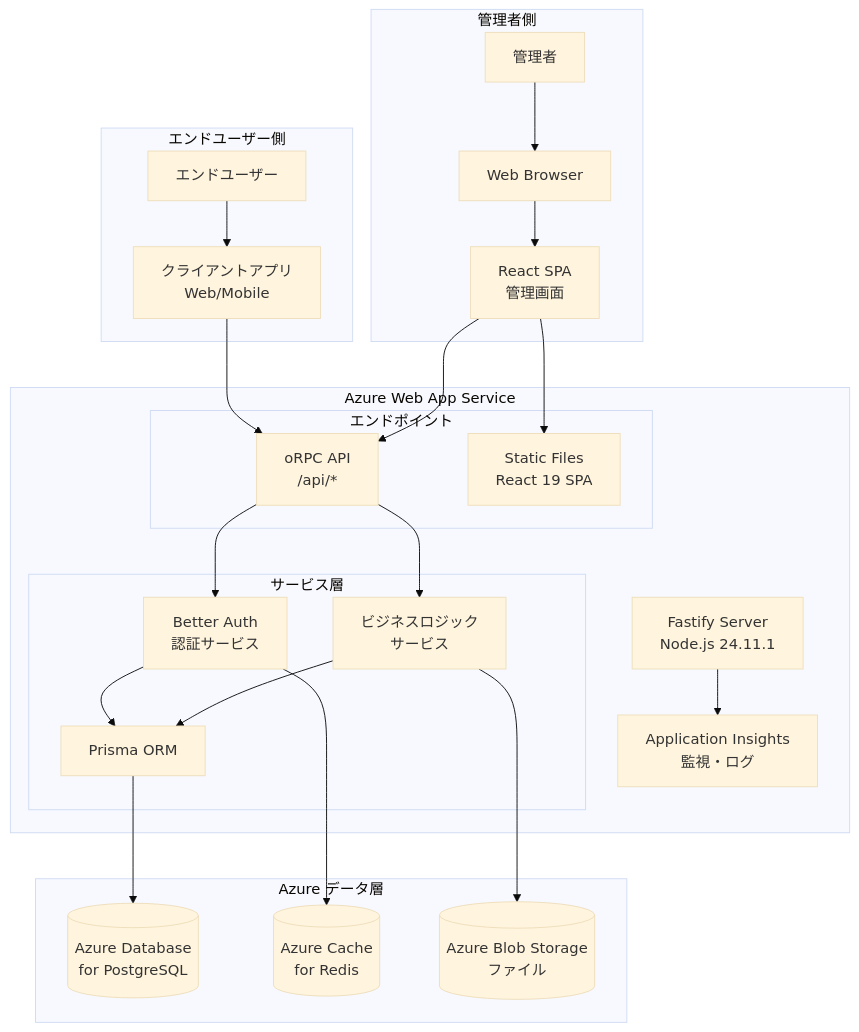
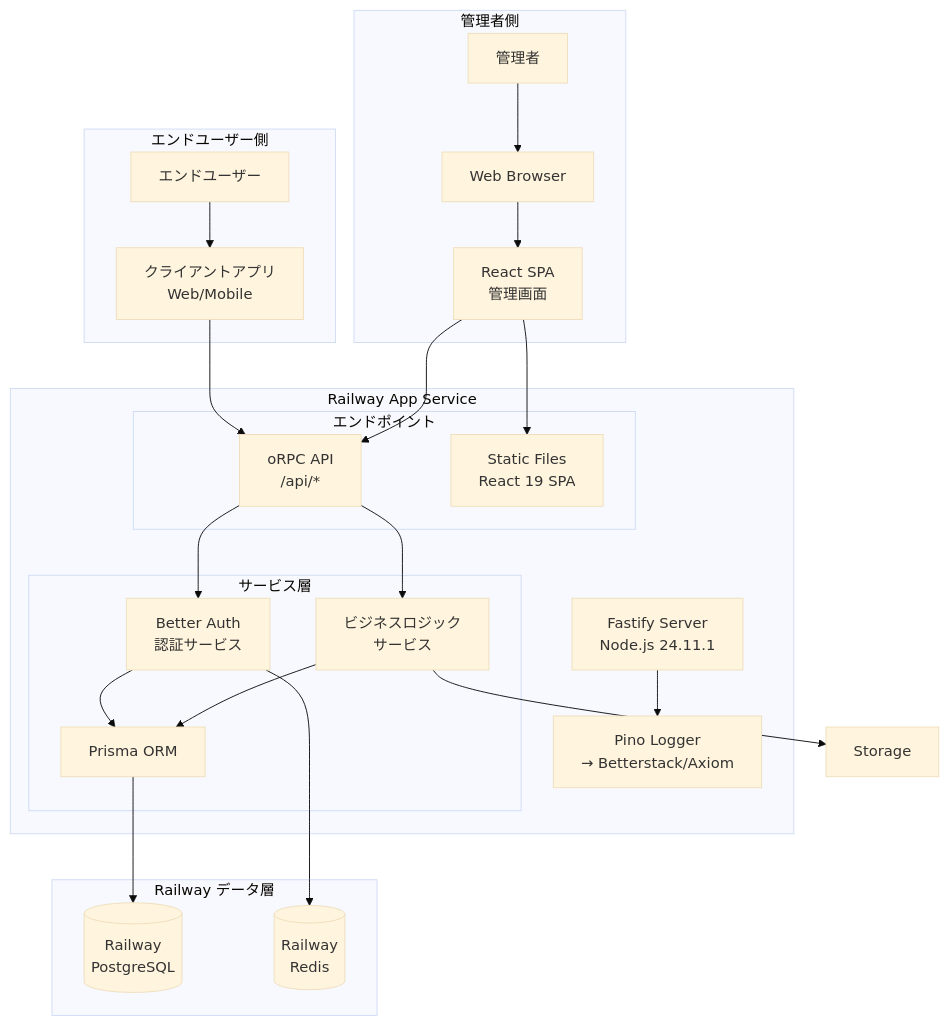
Before and after one commit to SugiKent/full-ts-template: the diagram in docs/ARCHITECTURE.md, drawn with Mermaid (base theme). The commit also changed other lines of this file and 78 other files, not shown here.

````diff
--- a/docs/ARCHITECTURE.md
+++ b/docs/ARCHITECTURE.md
@@ -72,54 +73,53 @@
 ```mermaid
 graph TB
     subgraph "エンドユーザー側"
         User[エンドユーザー]
         ClientApp[クライアントアプリ<br/>Web/Mobile]
     end
 
-    subgraph "Azure Web App Service"
+    subgraph "Railway App Service"
         Fastify[Fastify Server<br/>Node.js 24.11.1]
 
         subgraph "エンドポイント"
             API[oRPC API<br/>/api/*]
             Static[Static Files<br/>React 19 SPA]
         end
 
         subgraph "サービス層"
             Auth[Better Auth<br/>認証サービス]
             Business[ビジネスロジック<br/>サービス]
             Prisma[Prisma ORM]
         end
 
-        AI[Application Insights<br/>監視・ログ]
+        Logging[Pino Logger<br/>→ Betterstack/Axiom]
     end
 
     subgraph "管理者側"
         Admin[管理者]
         Browser[Web Browser]
         ReactApp[React SPA<br/>管理画面]
     end
 
-    subgraph "Azure データ層"
-        PG[(Azure Database<br/>for PostgreSQL)]
-        Redis[(Azure Cache<br/>for Redis)]
-        Blob[(Azure Blob Storage<br/>ファイル)]
+    subgraph "Railway データ層"
+        PG[(Railway<br/>PostgreSQL)]
+        Redis[(Railway<br/>Redis)]
     end
 
     User --> ClientApp
     ClientApp --> API
 
     Admin --> Browser
     Browser --> ReactApp
     ReactApp --> Static
     ReactApp --> API
 
     API --> Auth
     API --> Business
 
     Auth --> Prisma
     Prisma --> PG
     Auth --> Redis
     Business --> Prisma
-    Business --> Blob
-    Fastify --> AI
+    Business --> Storage
+    Fastify --> Logging
 ```
````
